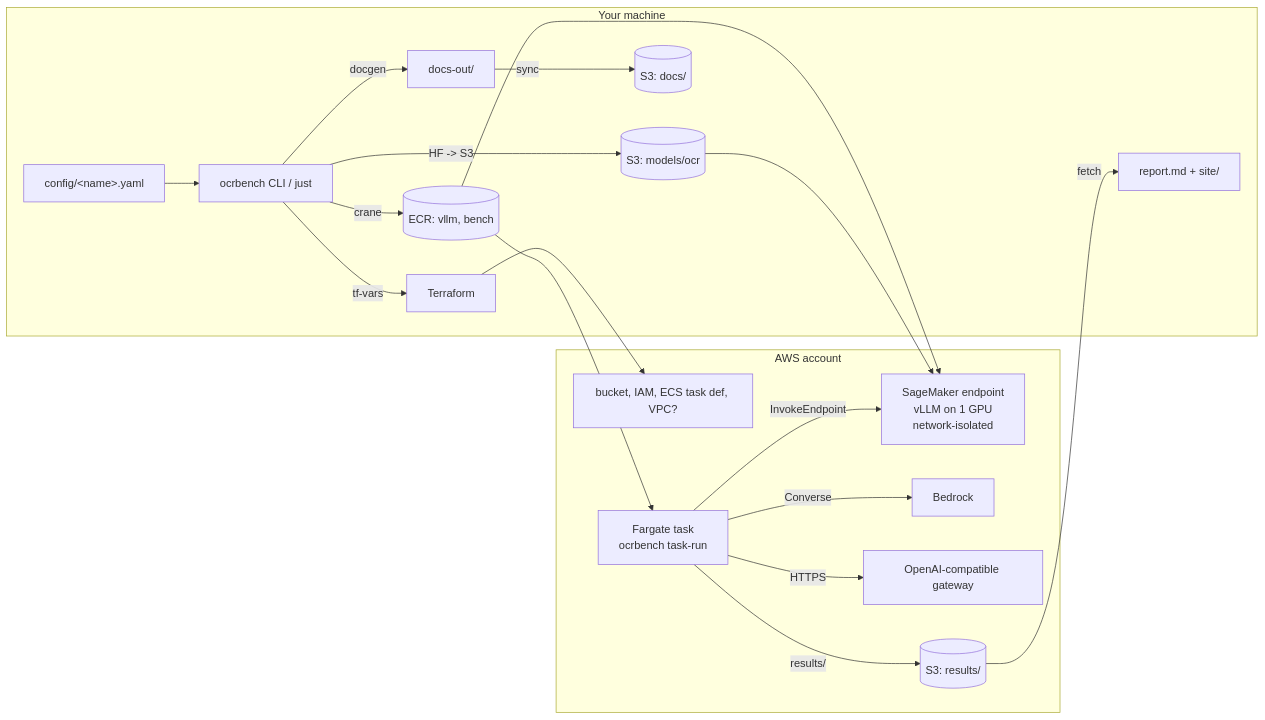
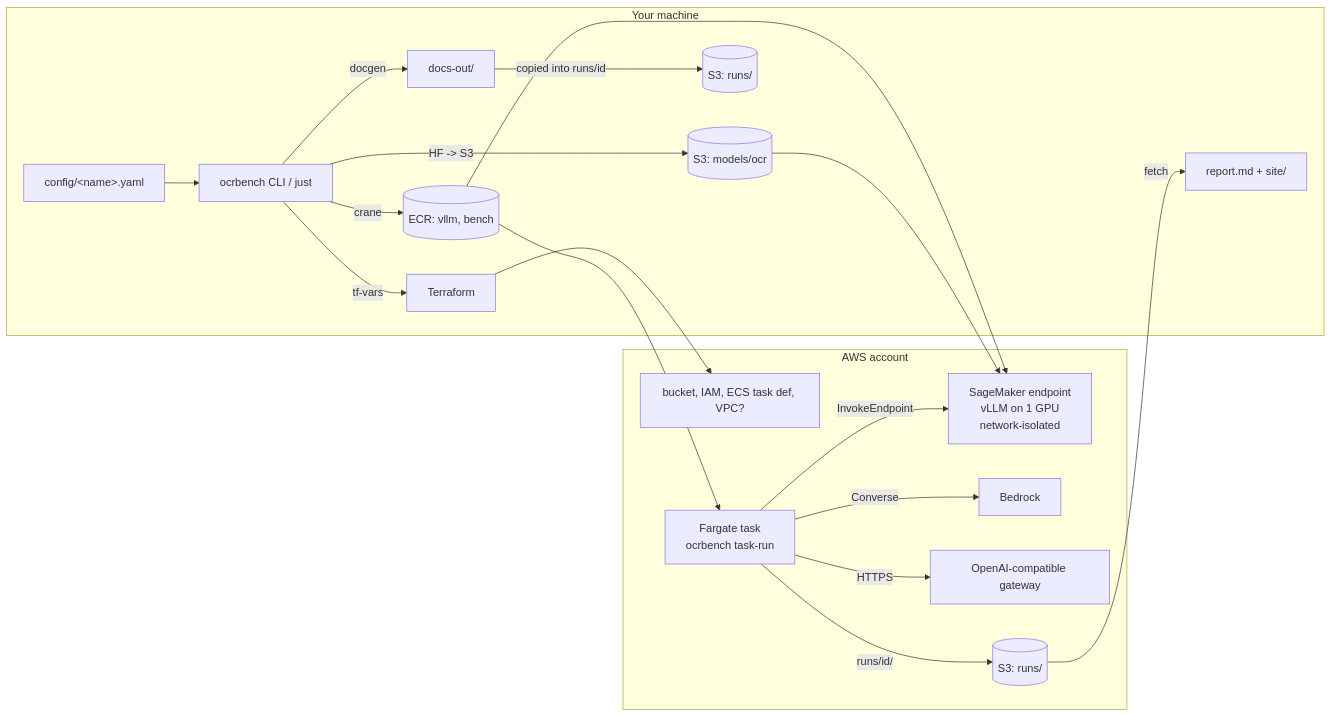
Before and after one commit to TheNomet/ocr-bench: the diagram in docs/architecture.md, drawn with Mermaid. The commit also changed other lines of this file and 21 other files, not shown here.

````diff
--- a/docs/architecture.md
+++ b/docs/architecture.md
@@ -3,25 +3,25 @@
 ```mermaid
 flowchart LR
   subgraph laptop[Your machine]
     CFG[config/&lt;name&gt;.yaml] --> CLI[ocrbench CLI / just]
     CLI -->|tf-vars| TF[Terraform]
     CLI -->|crane| IMG[(ECR: vllm, bench)]
     CLI -->|HF -> S3| W[(S3: models/ocr)]
     CLI -->|docgen| DOCS[docs-out/]
-    DOCS -->|sync| S3D[(S3: docs/)]
+    DOCS -->|copied into runs/id| S3D[(S3: runs/)]
     REP[report.md + site/] 
   end
   subgraph aws[AWS account]
     TF --> INFRA[bucket, IAM, ECS task def, VPC?]
     EP[SageMaker endpoint\nvLLM on 1 GPU\nnetwork-isolated]
     TASK[Fargate task\nocrbench task-run]
     TASK -->|InvokeEndpoint| EP
     TASK -->|Converse| BR[Bedrock]
     TASK -->|HTTPS| GW[OpenAI-compatible gateway]
-    TASK -->|results/| S3R[(S3: results/)]
+    TASK -->|runs/id/| S3R[(S3: runs/)]
   end
   S3R -->|fetch| REP
   W --> EP
   IMG --> EP
   IMG --> TASK
 ```
````
